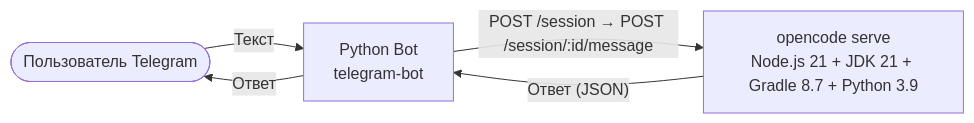
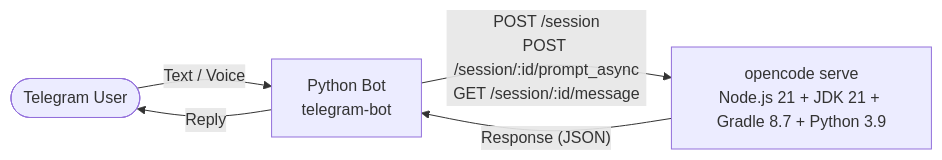
Before and after one commit to trollimo/telecode: the diagram in docs/architecture.md, drawn with Mermaid. The commit also changed other lines of this file and 5 other files, not shown here.

````diff
--- a/docs/architecture.md
+++ b/docs/architecture.md
@@ -3,11 +3,11 @@
 ```mermaid
 flowchart LR
-    User([Пользователь Telegram])
+    User([Telegram User])
     Bot[Python Bot<br/>telegram-bot]
     OC[opencode serve<br/>Node.js 21 + JDK 21 + Gradle 8.7 + Python 3.9]
 
-    User -- "Текст" --> Bot
-    Bot -- "POST /session → POST /session/:id/message" --> OC
-    OC -- "Ответ (JSON)" --> Bot
-    Bot -- "Ответ" --> User
+    User -- "Text / Voice" --> Bot
+    Bot -- "POST /session<br/>POST /session/:id/prompt_async<br/>GET /session/:id/message" --> OC
+    OC -- "Response (JSON)" --> Bot
+    Bot -- "Reply" --> User
 ```
````
